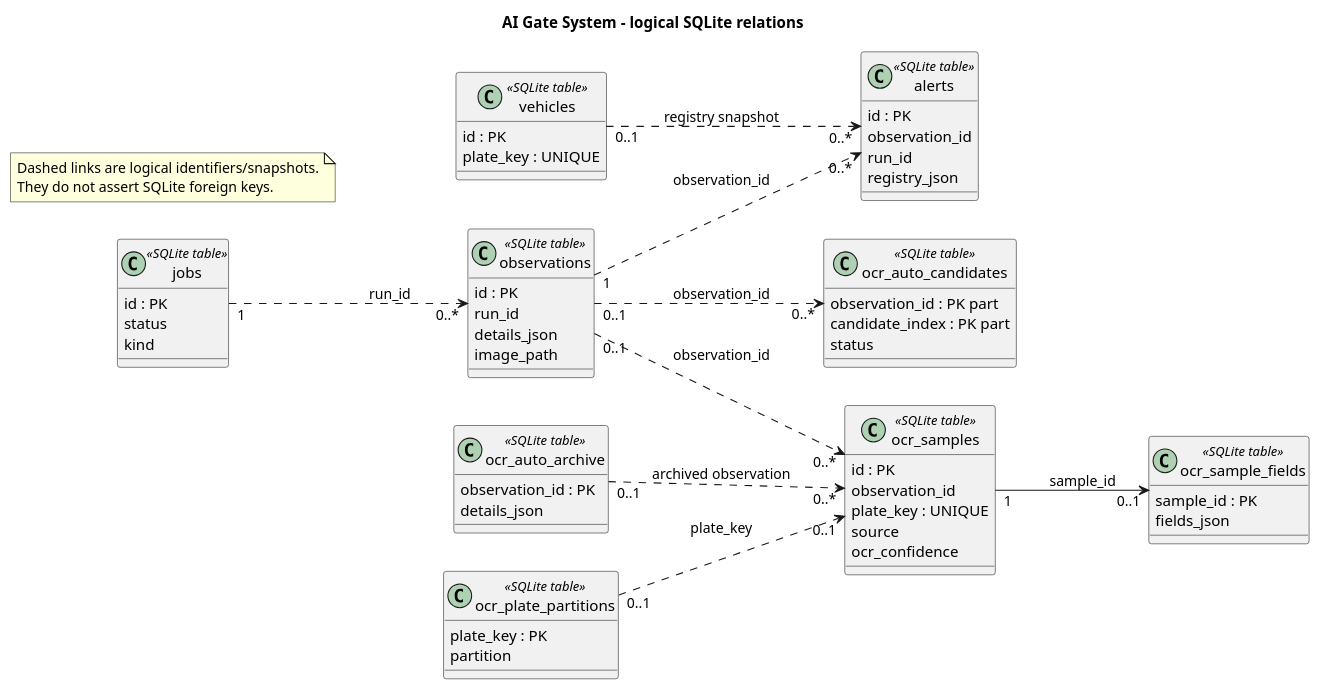
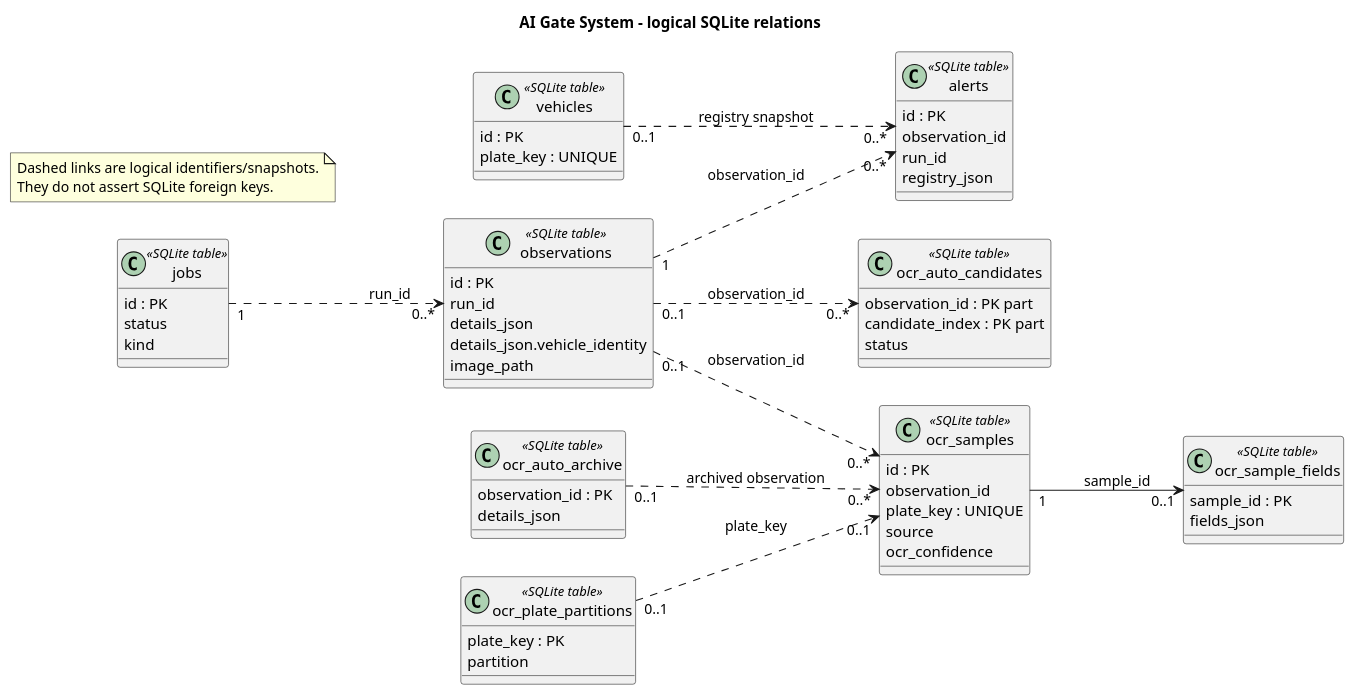
The diagram in docs/data-model.puml (UeEmon/AI-Gate-System-), drawn with PlantUML before and after one commit. The commit also changed 28 other files, not shown here.

First line of the commit message:
Add external vehicle identification and update UML on main commits

```diff
--- a/docs/data-model.puml
+++ b/docs/data-model.puml
@@ -1,58 +1,59 @@
 @startuml
 title AI Gate System - logical SQLite relations
 left to right direction
 class jobs <<SQLite table>> {
   id : PK
   status
   kind
 }
 class observations <<SQLite table>> {
   id : PK
   run_id
   details_json
+  details_json.vehicle_identity
   image_path
 }
 class vehicles <<SQLite table>> {
   id : PK
   plate_key : UNIQUE
 }
 class alerts <<SQLite table>> {
   id : PK
   observation_id
   run_id
   registry_json
 }
 class ocr_samples <<SQLite table>> {
   id : PK
   observation_id
   plate_key : UNIQUE
   source
   ocr_confidence
 }
 class ocr_sample_fields <<SQLite table>> {
   sample_id : PK
   fields_json
 }
 class ocr_auto_candidates <<SQLite table>> {
   observation_id : PK part
   candidate_index : PK part
   status
 }
 class ocr_auto_archive <<SQLite table>> {
   observation_id : PK
   details_json
 }
 class ocr_plate_partitions <<SQLite table>> {
   plate_key : PK
   partition
 }
 jobs "1" ..> "0..*" observations : run_id
 observations "1" ..> "0..*" alerts : observation_id
 vehicles "0..1" ..> "0..*" alerts : registry snapshot
 observations "0..1" ..> "0..*" ocr_samples : observation_id
 ocr_samples "1" --> "0..1" ocr_sample_fields : sample_id
 observations "0..1" ..> "0..*" ocr_auto_candidates : observation_id
 ocr_auto_archive "0..1" ..> "0..*" ocr_samples : archived observation
 ocr_plate_partitions "0..1" ..> "0..1" ocr_samples : plate_key
 note "Dashed links are logical identifiers/snapshots.\nThey do not assert SQLite foreign keys." as RelationNote
 @enduml
```
